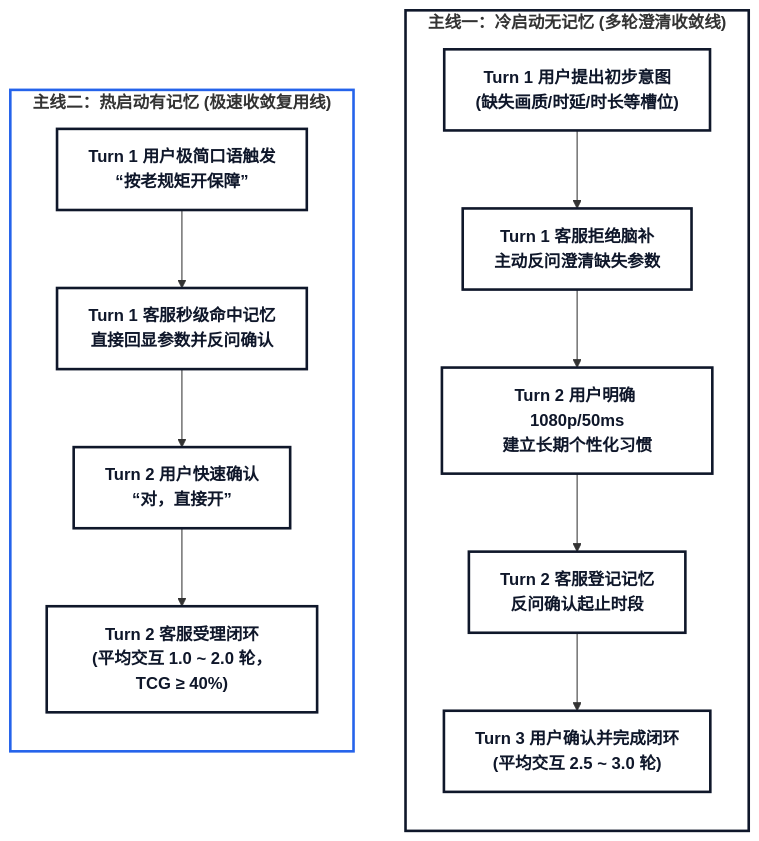
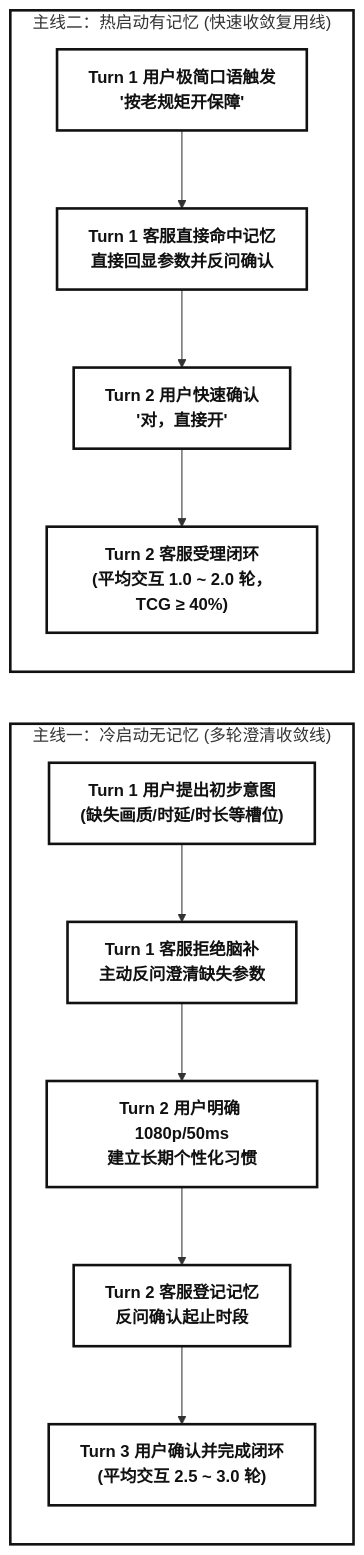
The second of 5 diagrams in docs/archive/memory_evolution_proposal.md (wangbanjin1/cross_data_gen), drawn with Mermaid before and after one commit. The commit also changed other lines of this file and 17 other files, not shown here.

Commit message:
refactor(docs): restore native Antigravity Mermaid rendering, remove self-generated diagrams, and standardize rigorous technical terminology

````diff
--- a/docs/archive/memory_evolution_proposal.md
+++ b/docs/archive/memory_evolution_proposal.md
@@ -54,22 +54,22 @@
 ```mermaid
-graph TD
-    classDef default fill:#FFFFFF,stroke:#0F172A,stroke-width:2.5px,color:#0F172A,font-weight:bold;
+graph LR
+    classDef default fill:#FFFFFF,stroke:#111111,stroke-width:2.5px,color:#111111,font-weight:bold;
 
-    subgraph ColdStart ["<b>主线一：冷启动无记忆 (多轮澄清收敛线)</b>"]
+    subgraph ColdStart ["主线一：冷启动无记忆 (多轮澄清收敛线)"]
         direction TB
-        C1["<b>Turn 1 用户提出初步意图<br/>(缺失画质/时延/时长等槽位)</b>"] --> C2["<b>Turn 1 客服拒绝脑补<br/>主动反问澄清缺失参数</b>"]
-        C2 --> C3["<b>Turn 2 用户明确 1080p/50ms<br/>建立长期个性化习惯</b>"]
-        C3 --> C4["<b>Turn 2 客服登记记忆<br/>反问确认起止时段</b>"]
-        C4 --> C5["<b>Turn 3 用户确认并完成闭环<br/>(平均交互 2.5 ~ 3.0 轮)</b>"]
+        C1["Turn 1 用户提出初步意图<br/>(缺失画质/时延/时长等槽位)"] --> C2["Turn 1 客服拒绝脑补<br/>主动反问澄清缺失参数"]
+        C2 --> C3["Turn 2 用户明确 1080p/50ms<br/>建立长期个性化习惯"]
+        C3 --> C4["Turn 2 客服登记记忆<br/>反问确认起止时段"]
+        C4 --> C5["Turn 3 用户确认并完成闭环<br/>(平均交互 2.5 ~ 3.0 轮)"]
     end
 
-    subgraph HotStart ["<b>主线二：热启动有记忆 (极速收敛复用线)</b>"]
+    subgraph HotStart ["主线二：热启动有记忆 (快速收敛复用线)"]
         direction TB
-        H1["<b>Turn 1 用户极简口语触发<br/>“按老规矩开保障”</b>"] --> H2["<b>Turn 1 客服秒级命中记忆<br/>直接回显参数并反问确认</b>"]
-        H2 --> H3["<b>Turn 2 用户快速确认<br/>“对，直接开”</b>"]
-        H3 --> H4["<b>Turn 2 客服受理闭环<br/>(平均交互 1.0 ~ 2.0 轮，TCG ≥ 40%)</b>"]
+        H1["Turn 1 用户极简口语触发<br/>'按老规矩开保障'"] --> H2["Turn 1 客服直接命中记忆<br/>直接回显参数并反问确认"]
+        H2 --> H3["Turn 2 用户快速确认<br/>'对，直接开'"]
+        H3 --> H4["Turn 2 客服受理闭环<br/>(平均交互 1.0 ~ 2.0 轮，TCG ≥ 40%)"]
     end
 
-    style ColdStart fill:#FFFFFF,stroke:#0F172A,stroke-width:2.5px;
-    style HotStart fill:#FFFFFF,stroke:#2563EB,stroke-width:2.5px;
+    style ColdStart fill:#FFFFFF,stroke:#111111,stroke-width:2.5px;
+    style HotStart fill:#FFFFFF,stroke:#111111,stroke-width:2.5px;
 ```
````
